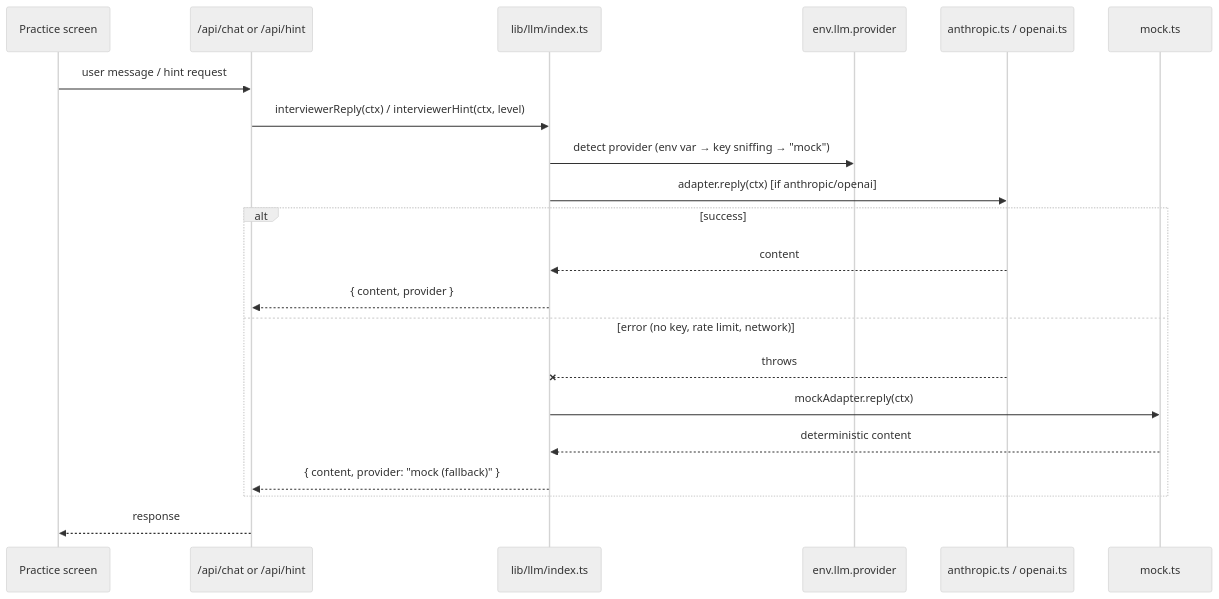
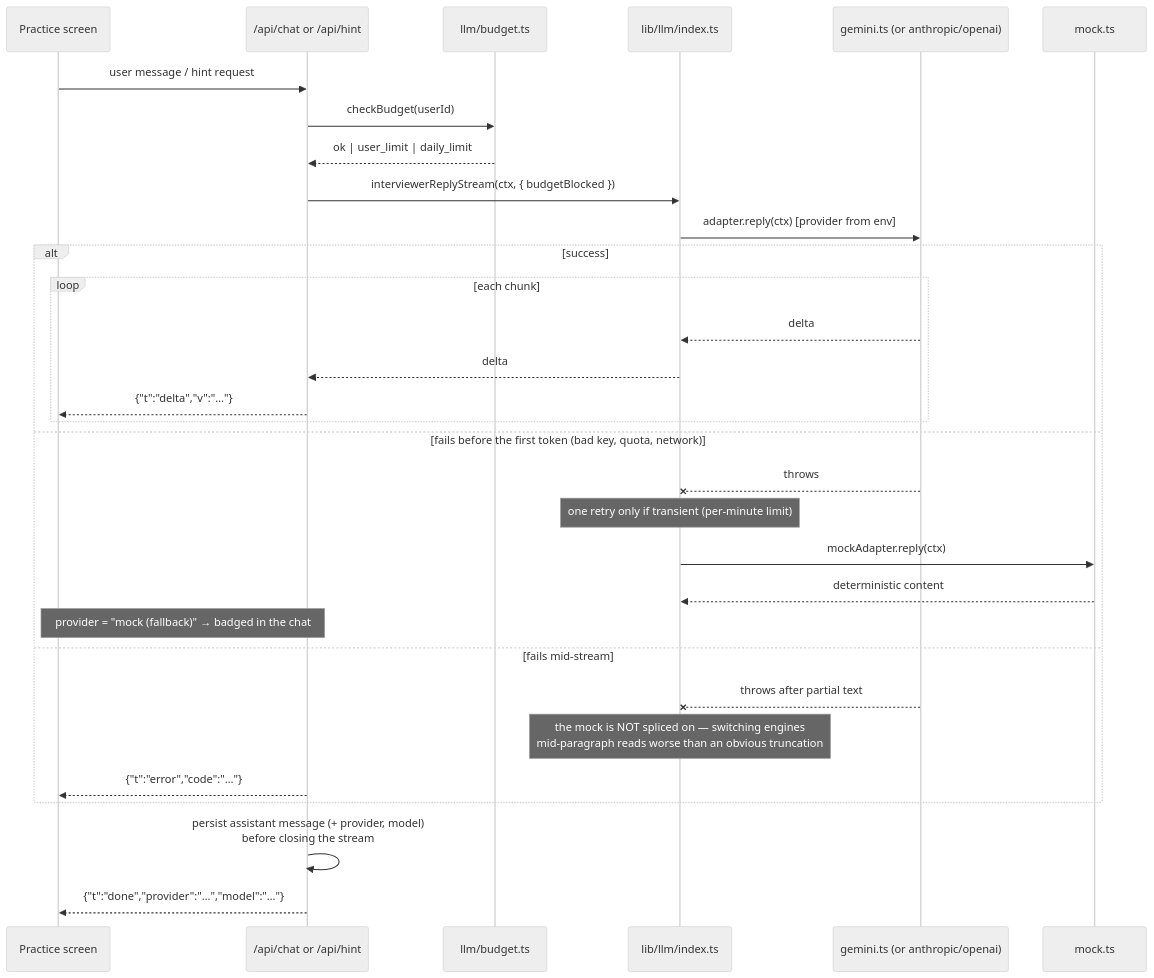
The fourth of 7 diagrams in docs/ARCHITECTURE.md (pr4t3ek/FAKEcases), drawn with Mermaid (neutral theme) before and after one commit. The commit also changed other lines of this file and 26 other files, not shown here.

````diff
--- a/docs/ARCHITECTURE.md
+++ b/docs/ARCHITECTURE.md
@@ -173,24 +180,36 @@
 ```mermaid
 sequenceDiagram
     participant UI as Practice screen
     participant Route as /api/chat or /api/hint
+    participant Budget as llm/budget.ts
     participant Idx as lib/llm/index.ts
-    participant Env as env.llm.provider
-    participant Adapter as anthropic.ts / openai.ts
+    participant Adapter as gemini.ts (or anthropic/openai)
     participant Mock as mock.ts
 
     UI->>Route: user message / hint request
-    Route->>Idx: interviewerReply(ctx) / interviewerHint(ctx, level)
-    Idx->>Env: detect provider (env var → key sniffing → "mock")
-    Idx->>Adapter: adapter.reply(ctx) [if anthropic/openai]
+    Route->>Budget: checkBudget(userId)
+    Budget-->>Route: ok | user_limit | daily_limit
+    Route->>Idx: interviewerReplyStream(ctx, { budgetBlocked })
+    Idx->>Adapter: adapter.reply(ctx) [provider from env]
+
     alt success
-        Adapter-->>Idx: content
-        Idx-->>Route: { content, provider }
-    else error (no key, rate limit, network)
+        loop each chunk
+            Adapter-->>Idx: delta
+            Idx-->>Route: delta
+            Route-->>UI: {"t":"delta","v":"…"}
+        end
+    else fails before the first token (bad key, quota, network)
         Adapter--xIdx: throws
+        Note over Idx: one retry only if transient (per-minute limit)
         Idx->>Mock: mockAdapter.reply(ctx)
         Mock-->>Idx: deterministic content
-        Idx-->>Route: { content, provider: "mock (fallback)" }
+        Note over Route,UI: provider = "mock (fallback)" → badged in the chat
+    else fails mid-stream
+        Adapter--xIdx: throws after partial text
+        Note over Idx: the mock is NOT spliced on — switching engines<br/>mid-paragraph reads worse than an obvious truncation
+        Route-->>UI: {"t":"error","code":"…"}
     end
-    Route-->>UI: response
+
+    Route->>Route: persist assistant message (+ provider, model)<br/>before closing the stream
+    Route-->>UI: {"t":"done","provider":"…","model":"…"}
 ```
````
